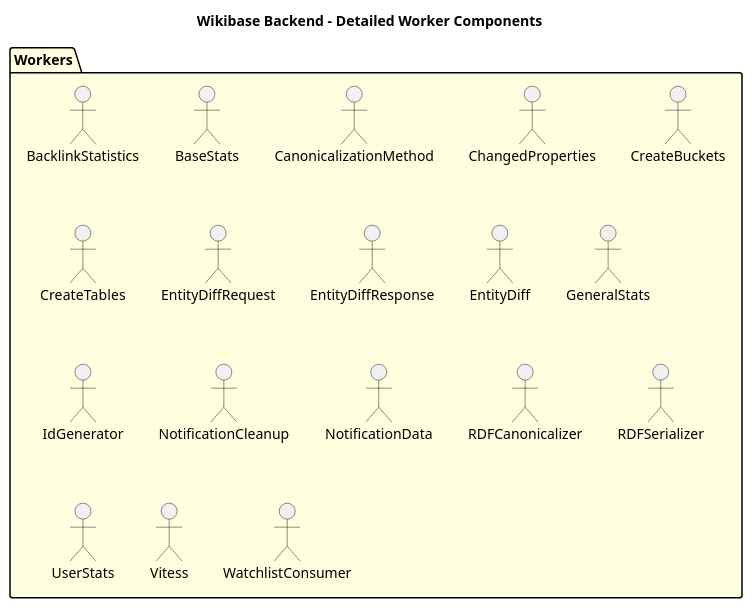
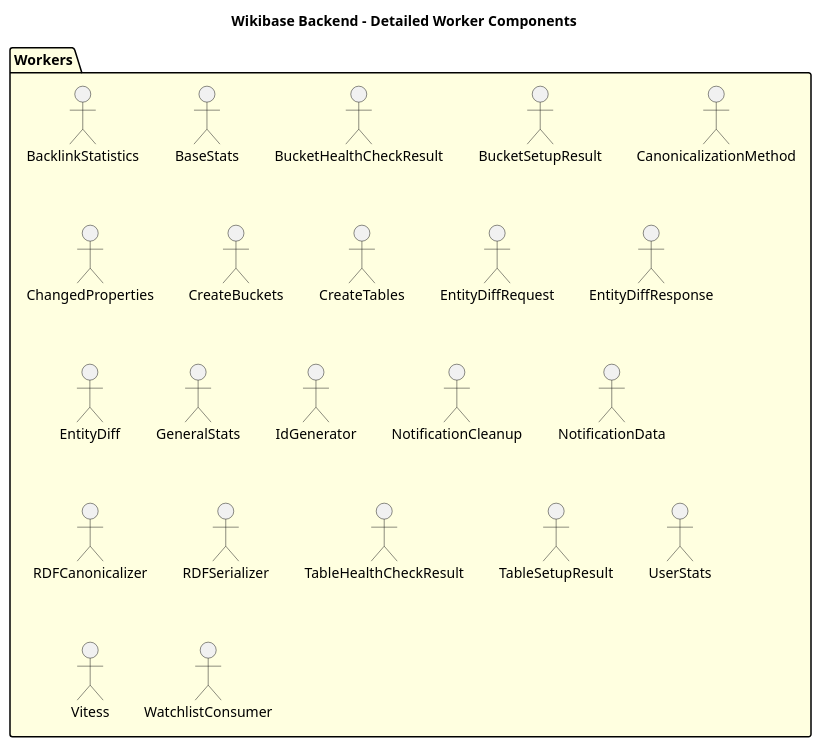
One commit to dpriskorn/entitybase-backend changed the diagram in doc/DIAGRAMS/detailed_worker_components.puml. Above: the diagram before and after it, drawn with PlantUML. The commit also changed 15 other files, not shown here.

```diff
--- a/doc/DIAGRAMS/detailed_worker_components.puml
+++ b/doc/DIAGRAMS/detailed_worker_components.puml
@@ -1,26 +1,30 @@
 @startuml Detailed Worker Components
 
 title Wikibase Backend - Detailed Worker Components
 
 package "Workers" as Workers #LightYellow {
     "BacklinkStatistics" as BacklinkStatisticsWorker
     "BaseStats" as BaseStatsWorker
+    "BucketHealthCheckResult" as BucketHealthCheckResult
+    "BucketSetupResult" as BucketSetupResult
     "CanonicalizationMethod" as CanonicalizationMethod
     "ChangedProperties" as ChangedProperties
     "CreateBuckets" as CreateBuckets
     "CreateTables" as CreateTables
     "EntityDiffRequest" as EntityDiffRequest
     "EntityDiffResponse" as EntityDiffResponse
     "EntityDiff" as EntityDiffWorker
     "GeneralStats" as GeneralStatsWorker
     "IdGenerator" as IdGeneratorWorker
     "NotificationCleanup" as NotificationCleanupWorker
     "NotificationData" as NotificationData
     "RDFCanonicalizer" as RDFCanonicalizer
     "RDFSerializer" as RDFSerializer
+    "TableHealthCheckResult" as TableHealthCheckResult
+    "TableSetupResult" as TableSetupResult
     "UserStats" as UserStatsWorker
     "Vitess" as VitessWorker
     "WatchlistConsumer" as WatchlistConsumerWorker
 }
 
 @enduml
```
